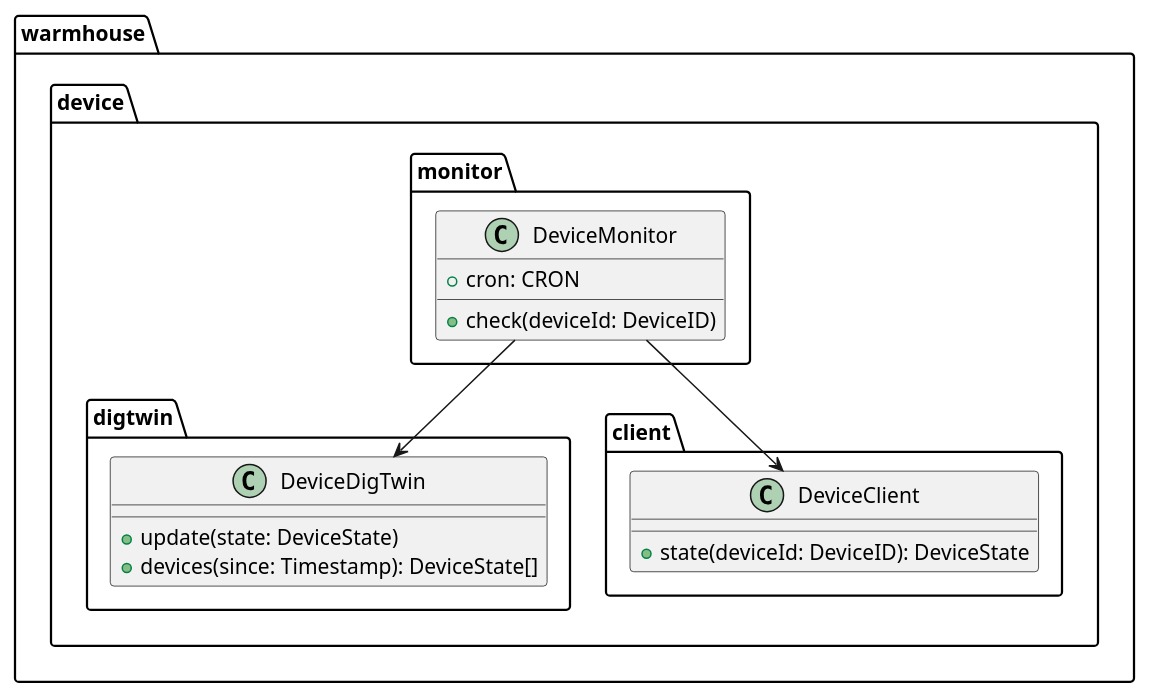
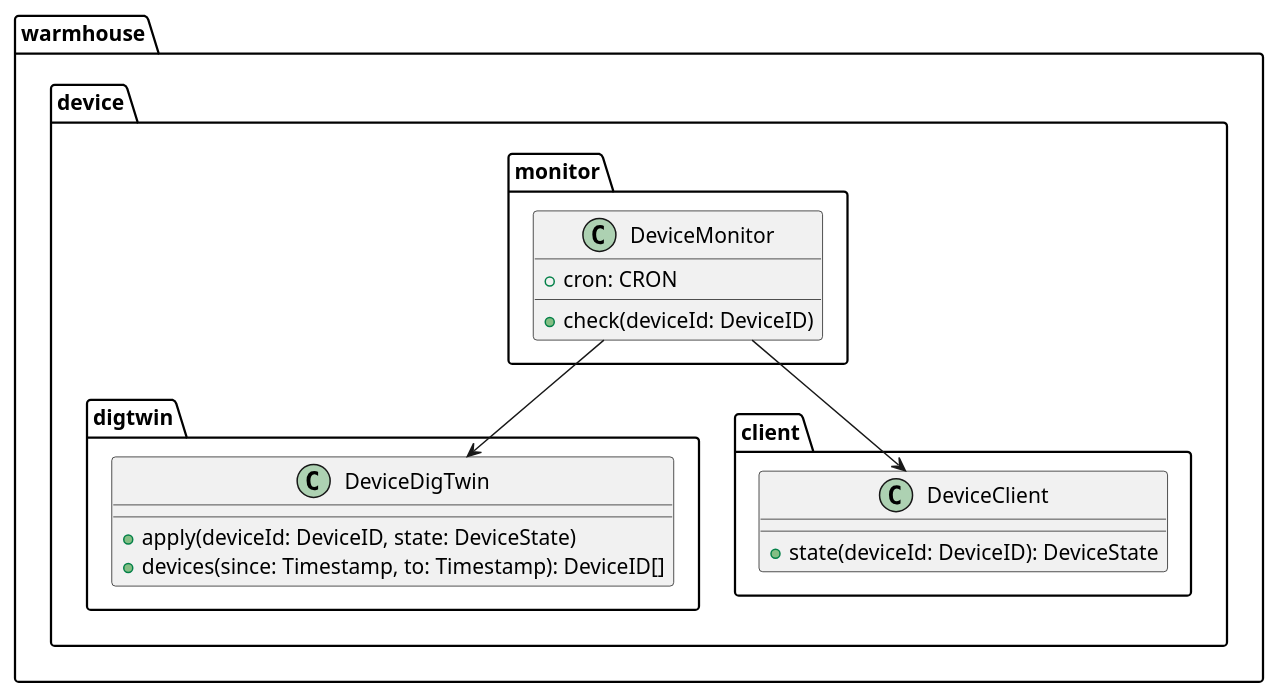
Before and after one commit to bitgorbovsky/yp-architecture-pro-warmhouse: the diagram in schemas/services/devices-controller/code-device-monitor.puml, drawn with PlantUML. The commit also changed 13 other files, not shown here.

```diff
--- a/schemas/services/devices-controller/code-device-monitor.puml
+++ b/schemas/services/devices-controller/code-device-monitor.puml
@@ -1,26 +1,26 @@
 @startuml
 
 package warmhouse.device.monitor {
     class DeviceMonitor {
         + cron: CRON
         + check(deviceId: DeviceID)
     }
 }
 
 package warmhouse.device.digtwin {
     class DeviceDigTwin {
-        + update(state: DeviceState)
-        + devices(since: Timestamp): DeviceState[]
+        + apply(deviceId: DeviceID, state: DeviceState)
+        + devices(since: Timestamp, to: Timestamp): DeviceID[]
     }
 }
 
 package warmhouse.device.client {
     class DeviceClient {
         + state(deviceId: DeviceID): DeviceState
     }
 }
 
 DeviceMonitor --> DeviceDigTwin
 DeviceMonitor --> DeviceClient
 
 @enduml
```
